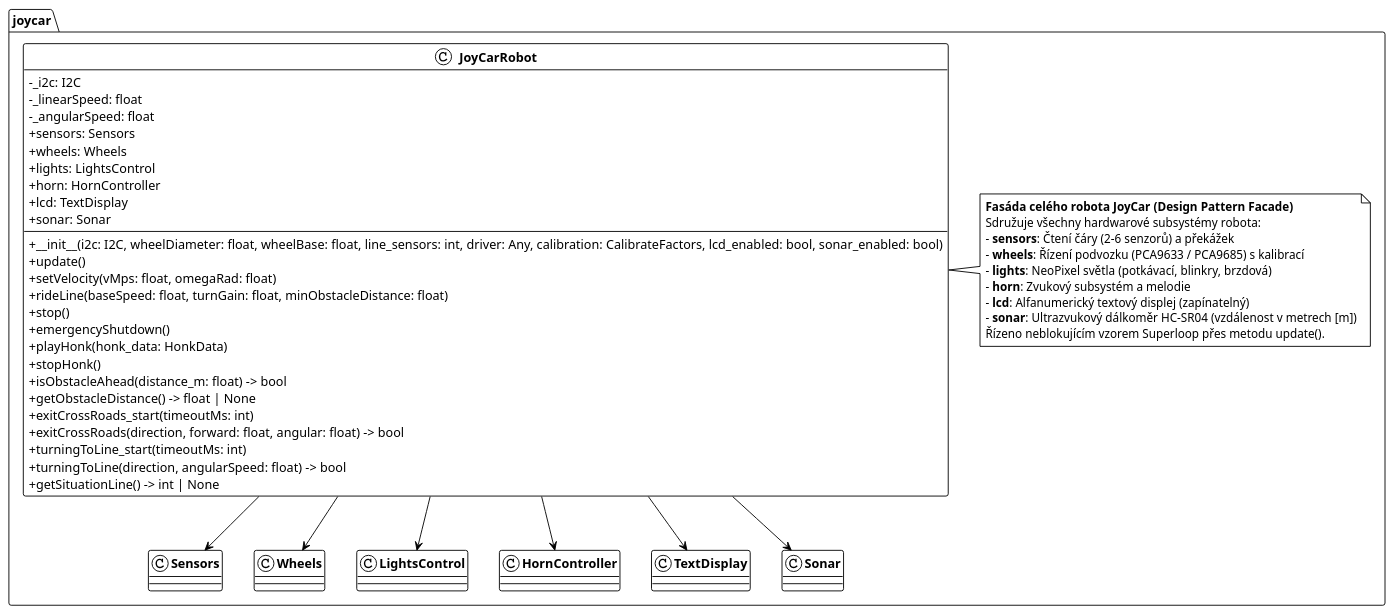
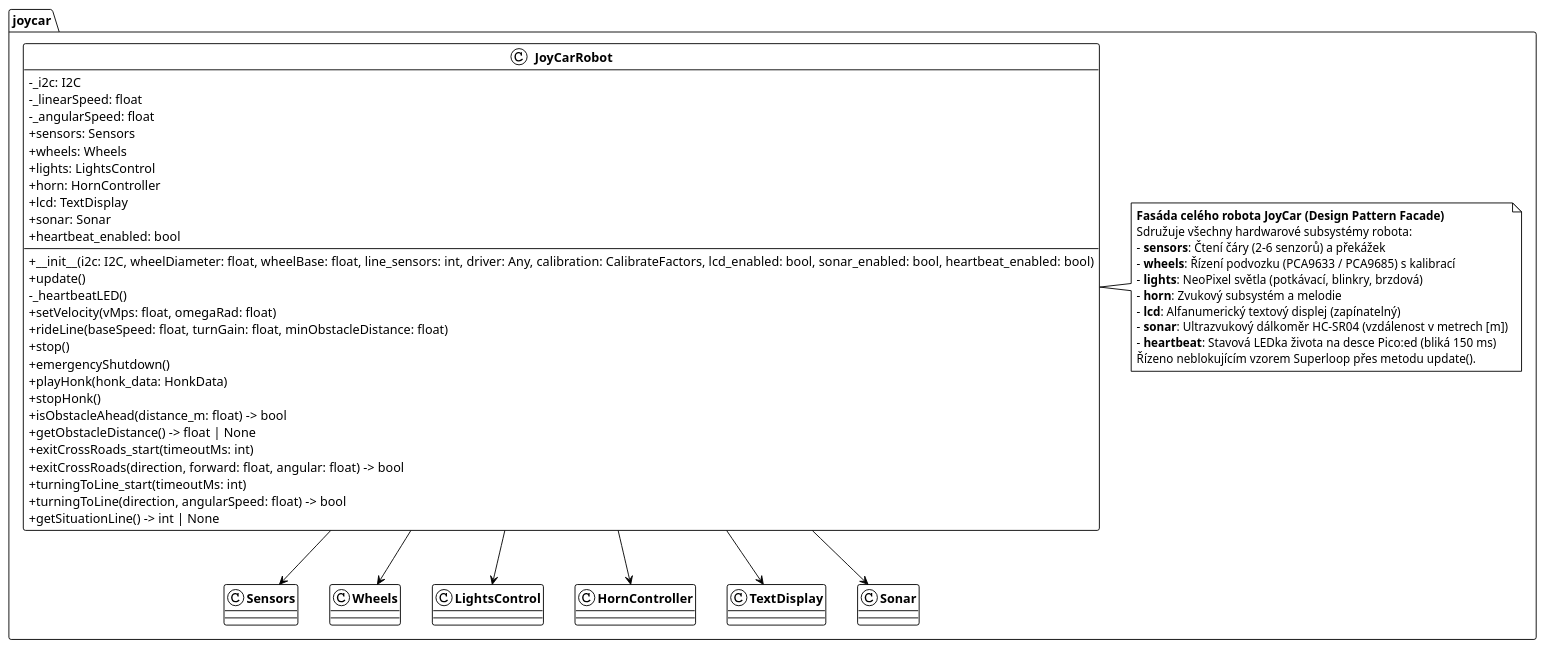
Before and after one commit to JanChaloupek/robot-programming3: the diagram in docs/diagrams/robot.puml, drawn with PlantUML. The commit also changed 7 other files, not shown here.

Commit message:
feat: implement Heartbeat LED in Superloop and cite Martin Dostal in SM docs

```diff
--- a/docs/diagrams/robot.puml
+++ b/docs/diagrams/robot.puml
@@ -1,55 +1,58 @@
 @startuml robot
 !theme plain
 skinparam classAttributeIconSize 0
 skinparam classFontStyle bold
 
 namespace joycar {
 
     class JoyCarRobot {
         - _i2c: I2C
         - _linearSpeed: float
         - _angularSpeed: float
         + sensors: Sensors
         + wheels: Wheels
         + lights: LightsControl
         + horn: HornController
         + lcd: TextDisplay
         + sonar: Sonar
-        + __init__(i2c: I2C, wheelDiameter: float, wheelBase: float, line_sensors: int, driver: Any, calibration: CalibrateFactors, lcd_enabled: bool, sonar_enabled: bool)
+        + heartbeat_enabled: bool
+        + __init__(i2c: I2C, wheelDiameter: float, wheelBase: float, line_sensors: int, driver: Any, calibration: CalibrateFactors, lcd_enabled: bool, sonar_enabled: bool, heartbeat_enabled: bool)
         + update()
+        - _heartbeatLED()
         + setVelocity(vMps: float, omegaRad: float)
         + rideLine(baseSpeed: float, turnGain: float, minObstacleDistance: float)
         + stop()
         + emergencyShutdown()
         + playHonk(honk_data: HonkData)
         + stopHonk()
         + isObstacleAhead(distance_m: float) -> bool
         + getObstacleDistance() -> float | None
         + exitCrossRoads_start(timeoutMs: int)
         + exitCrossRoads(direction, forward: float, angular: float) -> bool
         + turningToLine_start(timeoutMs: int)
         + turningToLine(direction, angularSpeed: float) -> bool
         + getSituationLine() -> int | None
     }
 
     note right of JoyCarRobot
         <b>Fasáda celého robota JoyCar (Design Pattern Facade)</b>
         Sdružuje všechny hardwarové subsystémy robota:
         - <b>sensors</b>: Čtení čáry (2–6 senzorů) a překážek
         - <b>wheels</b>: Řízení podvozku (PCA9633 / PCA9685) s kalibrací
         - <b>lights</b>: NeoPixel světla (potkávací, blinkry, brzdová)
         - <b>horn</b>: Zvukový subsystém a melodie
         - <b>lcd</b>: Alfanumerický textový displej (zapínatelný)
         - <b>sonar</b>: Ultrazvukový dálkoměr HC-SR04 (vzdálenost v metrech [m])
+        - <b>heartbeat</b>: Stavová LEDka života na desce Pico:ed (bliká 150 ms)
         Řízeno neblokujícím vzorem Superloop přes metodu update().
     end note
 
     JoyCarRobot --> Sensors
     JoyCarRobot --> Wheels
     JoyCarRobot --> LightsControl
     JoyCarRobot --> HornController
     JoyCarRobot --> TextDisplay
     JoyCarRobot --> Sonar
 }
 
 @enduml
```
